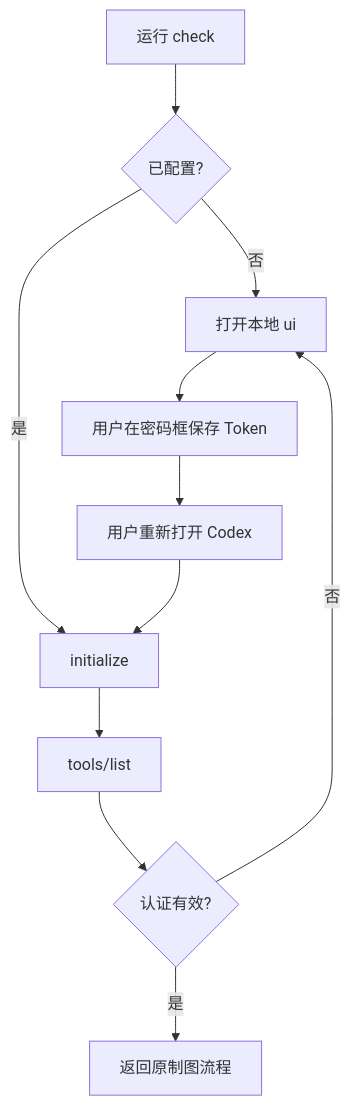
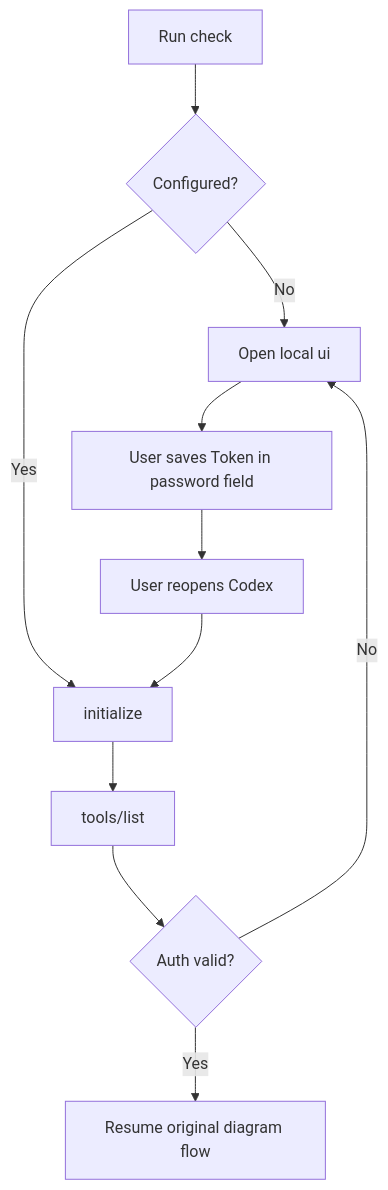
One commit to full-stack-plugins/partme-processon-plugin changed the diagram in skills/codex-processon-setup/references/workflow.md. Above: the diagram before and after it, drawn with Mermaid. The commit also changed other lines of this file and 5 other files, not shown here.

````diff
--- a/skills/codex-processon-setup/references/workflow.md
+++ b/skills/codex-processon-setup/references/workflow.md
@@ -5,13 +5,13 @@
 ```mermaid
 flowchart TD
-    A[运行 check] --> B{已配置?}
-    B -->|否| C[打开本地 ui]
-    C --> D[用户在密码框保存 Token]
-    D --> E[用户重新打开 Codex]
-    B -->|是| F[initialize]
+    A[Run check] --> B{Configured?}
+    B -->|No| C[Open local ui]
+    C --> D[User saves Token in password field]
+    D --> E[User reopens Codex]
+    B -->|Yes| F[initialize]
     E --> F
     F --> G[tools/list]
-    G --> H{认证有效?}
-    H -->|是| I[返回原制图流程]
-    H -->|否| C
+    G --> H{Auth valid?}
+    H -->|Yes| I[Resume original diagram flow]
+    H -->|No| C
 ```
````
